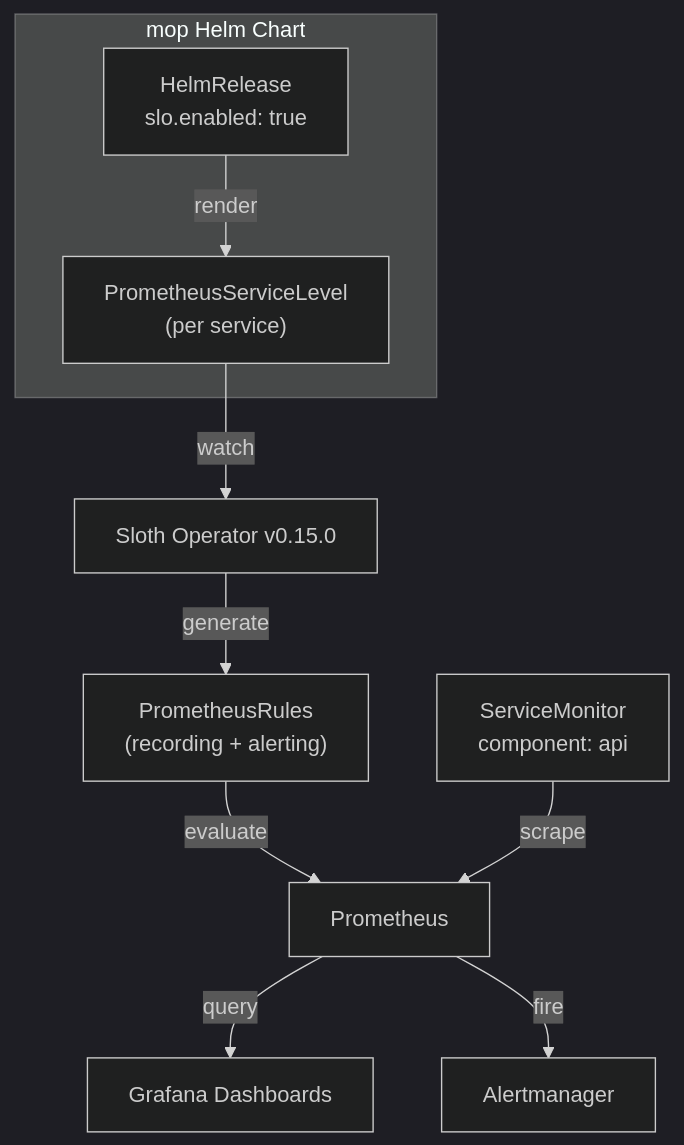
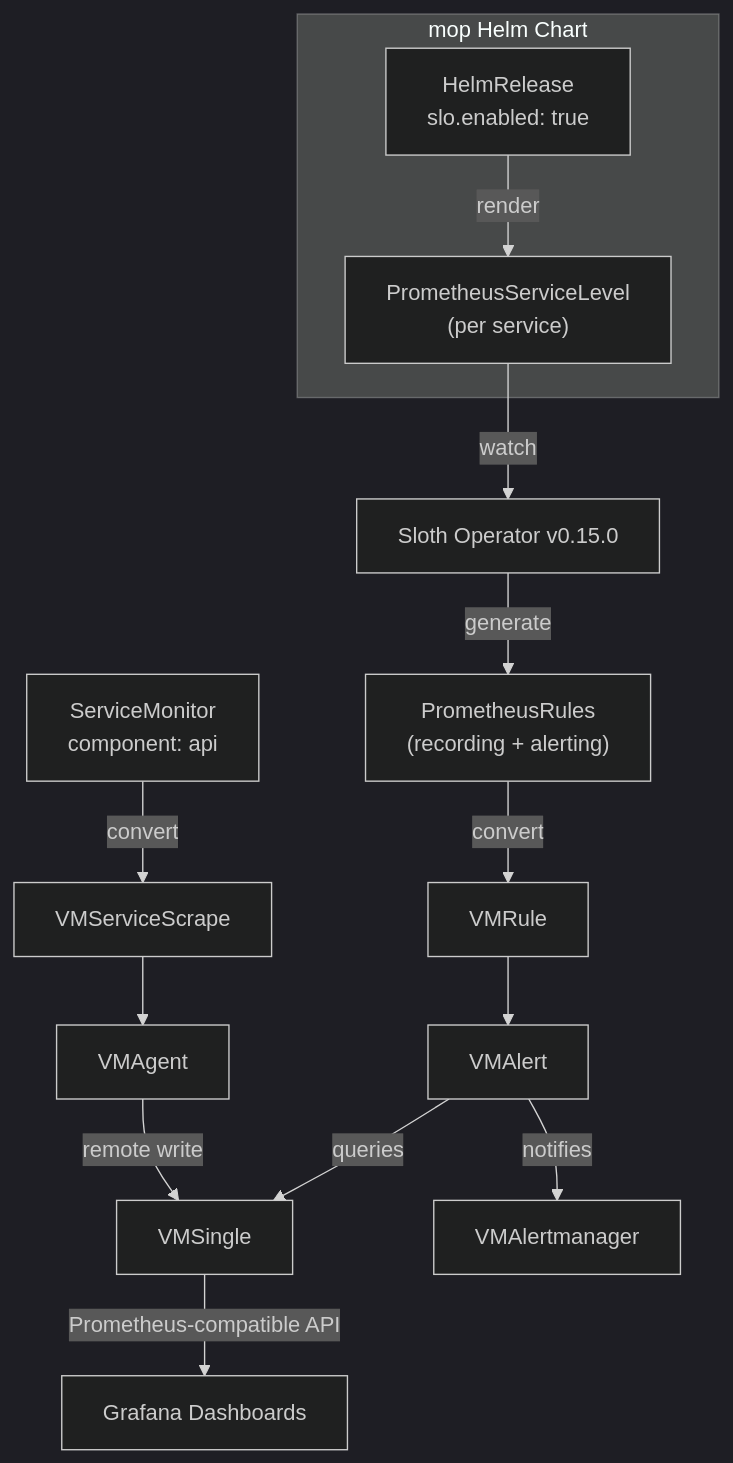
Before and after one commit to duynhlab/homelab: the diagram in docs/observability/slo/README.md, drawn with Mermaid (dark theme). The commit also changed other lines of this file and 131 other files, not shown here.

````diff
--- a/docs/observability/slo/README.md
+++ b/docs/observability/slo/README.md
@@ -17,14 +19,18 @@
 ```mermaid
 flowchart TD
     subgraph helmChart ["mop Helm Chart"]
         HR["HelmRelease<br/>slo.enabled: true"] -->|render| PSL["PrometheusServiceLevel<br/>(per service)"]
     end
 
     PSL -->|watch| Sloth["Sloth Operator v0.15.0"]
     Sloth -->|generate| PR["PrometheusRules<br/>(recording + alerting)"]
-    PR -->|evaluate| Prom["Prometheus"]
-    Prom -->|query| Grafana["Grafana Dashboards"]
-    Prom -->|fire| AM["Alertmanager"]
+    PR -->|convert| VMR["VMRule"]
+    VMR --> VMA["VMAlert"]
+    VMA -->|queries| VMS["VMSingle"]
+    VMA -->|notifies| VMAM["VMAlertmanager"]
+    VMS -->|Prometheus-compatible API| Grafana["Grafana Dashboards"]
 
-    SM["ServiceMonitor<br/>component: api"] -->|scrape| Prom
+    SM["ServiceMonitor<br/>component: api"] -->|convert| VMSS["VMServiceScrape"]
+    VMSS --> VMAgent["VMAgent"]
+    VMAgent -->|remote write| VMS
 ```
````
